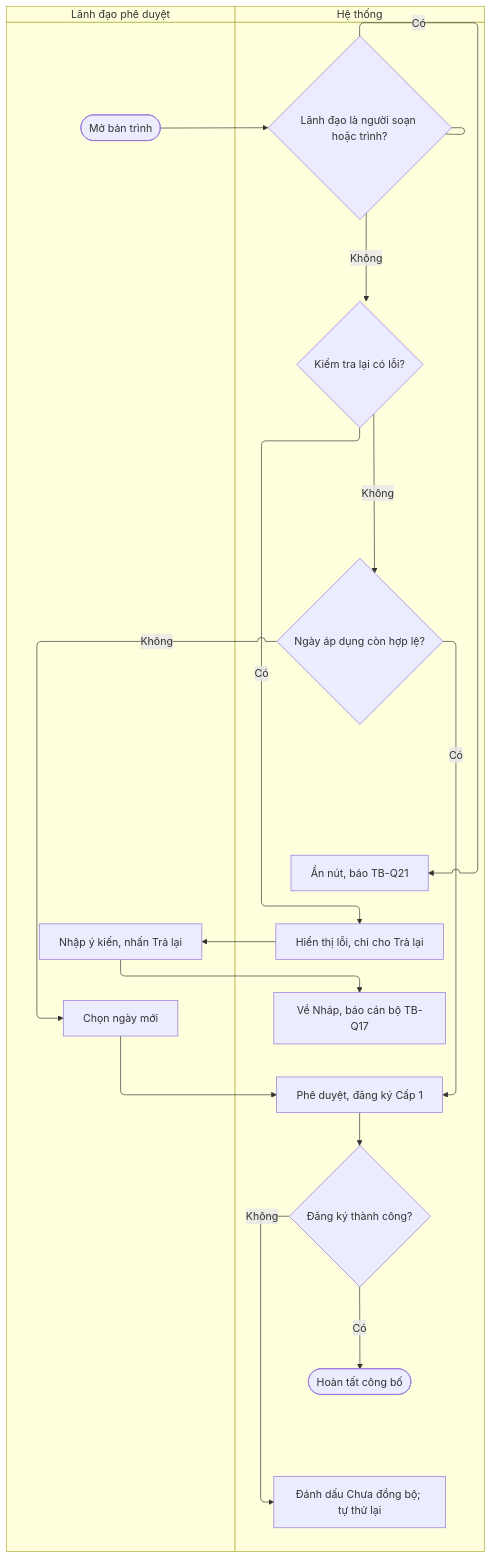
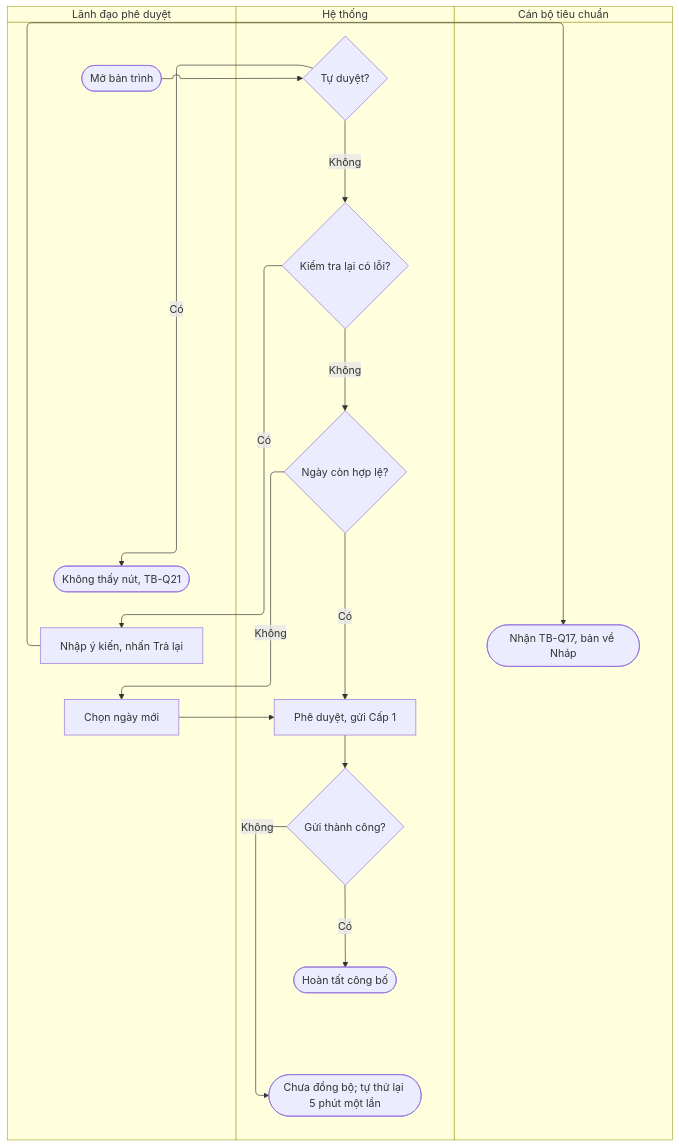
Before and after one commit to cuongnh-rd/ndatrace-attp: the second of 2 diagrams in docs/prd/quy-trinh-tieu-chuan-txng/7.7-phe-duyet-va-cong-bo.md, drawn with Mermaid. The commit also changed other lines of this file and 9 other files, not shown here.

First line of the commit message:
docs(prd): vẽ lại swimlane Quy trình tiêu chuẩn TXNG, phạm vi trùng ngành theo cơ quan cấp 2, sửa tham chiếu luồng

````diff
--- a/docs/prd/quy-trinh-tieu-chuan-txng/7.7-phe-duyet-va-cong-bo.md
+++ b/docs/prd/quy-trinh-tieu-chuan-txng/7.7-phe-duyet-va-cong-bo.md
@@ -89,33 +89,33 @@
 ```mermaid
 swimlane-beta TB
   subgraph LD["Lãnh đạo phê duyệt"]
     s(["Mở bản trình"])
+    l0(["Không thấy nút, TB-Q21"])
     l1["Nhập ý kiến, nhấn Trả lại"]
     l2["Chọn ngày mới"]
   end
   subgraph HT["Hệ thống"]
-    d0{"Lãnh đạo là người soạn hoặc trình?"}
-    h0["Ẩn nút, báo TB-Q21"]
+    d0{"Tự duyệt?"}
     d1{"Kiểm tra lại có lỗi?"}
-    h1["Hiển thị lỗi, chỉ cho Trả lại"]
-    h2["Về Nháp, báo cán bộ TB-Q17"]
-    d2{"Ngày áp dụng còn hợp lệ?"}
-    h3["Phê duyệt, đăng ký Cấp 1"]
-    d3{"Đăng ký thành công?"}
-    h4["Đánh dấu Chưa đồng bộ; tự thử lại"]
+    d2{"Ngày còn hợp lệ?"}
+    h3["Phê duyệt, gửi Cấp 1"]
+    d3{"Gửi thành công?"}
+    h4(["Chưa đồng bộ; tự thử lại 5 phút một lần"])
     e(["Hoàn tất công bố"])
   end
+  subgraph CB["Cán bộ tiêu chuẩn"]
+    c1(["Nhận TB-Q17, bản về Nháp"])
+  end
   s --> d0
-  d0 -->|Có| h0
+  d0 -->|Có| l0
   d0 -->|Không| d1
-  d1 -->|Có| h1
-  h1 --> l1
-  l1 --> h2
+  d1 -->|Có| l1
+  l1 --> c1
   d1 -->|Không| d2
   d2 -->|Không| l2
   l2 --> h3
   d2 -->|Có| h3
   h3 --> d3
   d3 -->|Không| h4
   d3 -->|Có| e
 ```
````
